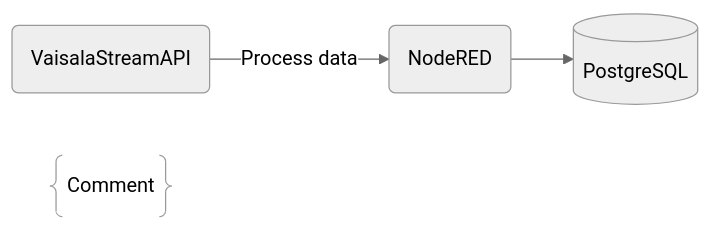
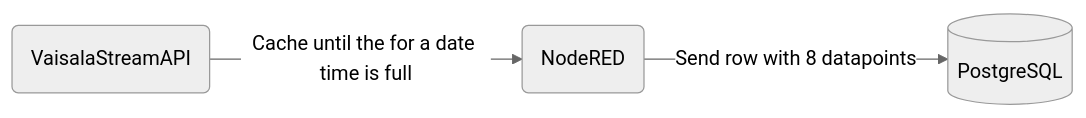
One commit to jonss0777/DIY_Sensor changed the first of 2 diagrams in README.md. Above: the diagram before and after it, drawn with Mermaid (neutral theme).

````diff
--- a/README.md
+++ b/README.md
@@ -5,8 +5,8 @@
 ```mermaid
 graph LR;
-  id1(VaisalaStreamAPI) --> |Process data|id2(NodeRED);   A@{ shape: braces, label: "Comment" }
-  id2 --> id3[(PostgreSQL)];
+  id1(VaisalaStreamAPI) --> |Cache until the for a date time is full|id2(NodeRED);   
+  id2 --> |Send row with 8 datapoints|id3[(PostgreSQL)];
   
 
 
 ```
````
